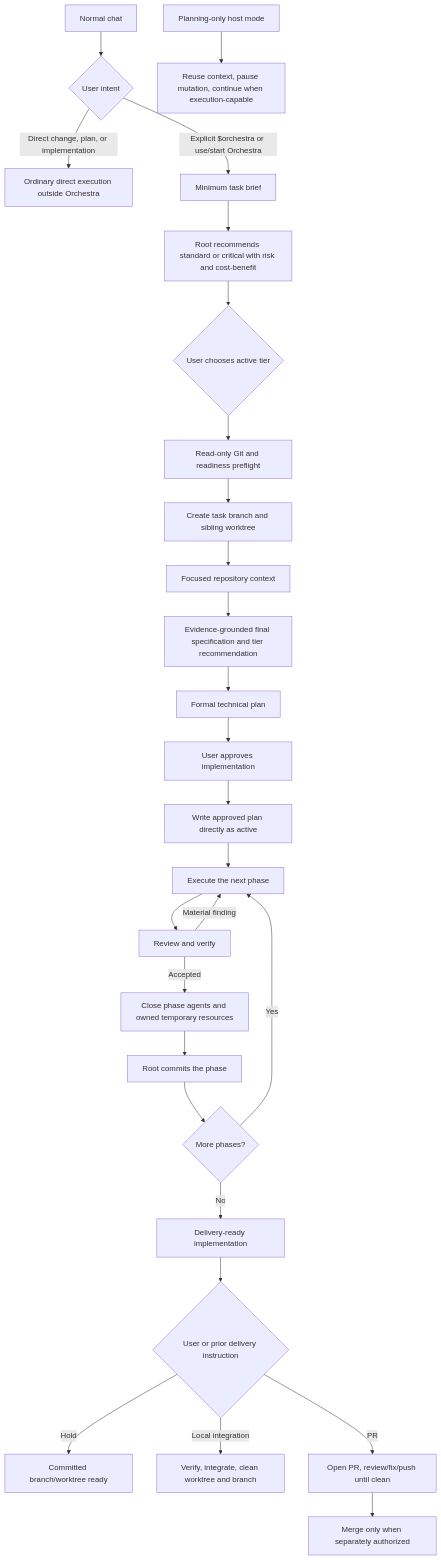
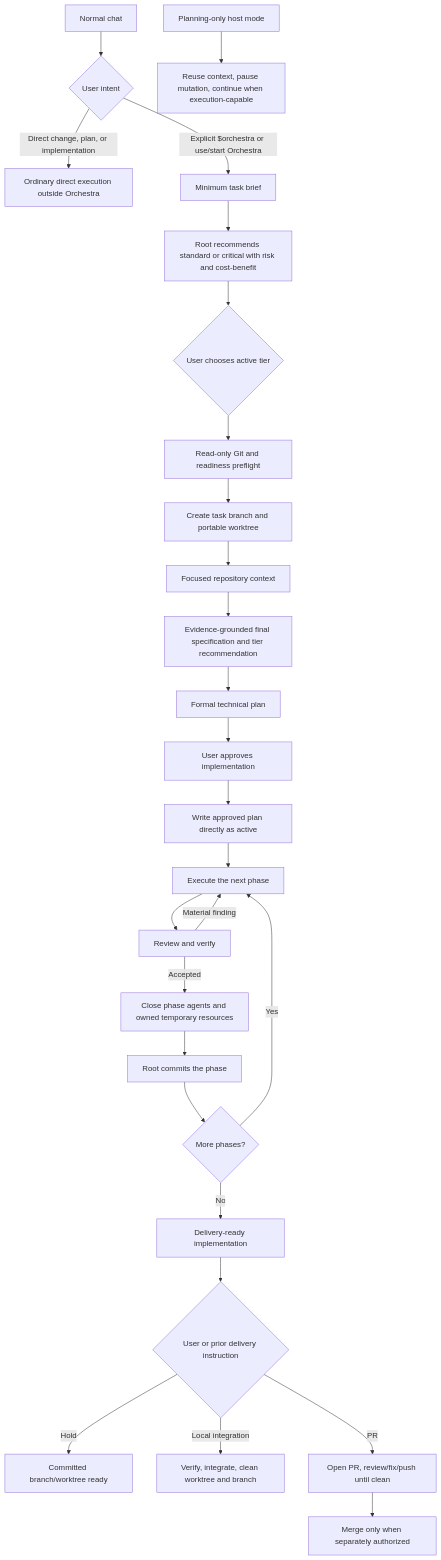
Before and after one commit to FranciscoJSBarragan/Orchestra: the diagram in docs/WORKFLOW.md, drawn with Mermaid. The commit also changed other lines of this file and 10 other files, not shown here.

````diff
--- a/docs/WORKFLOW.md
+++ b/docs/WORKFLOW.md
@@ -5,29 +5,29 @@
 ```mermaid
 flowchart TD
     U["Normal chat"] --> Q{"User intent"}
     Q -->|"Direct change, plan, or implementation"| DX["Ordinary direct execution outside Orchestra"]
     Q -->|"Explicit $orchestra or use/start Orchestra"| B["Minimum task brief"]
     POM["Planning-only host mode"] --> WAIT["Reuse context, pause mutation, continue when execution-capable"]
     B --> TR["Root recommends standard or critical with risk and cost-benefit"]
     TR --> T{"User chooses active tier"}
     T --> E["Read-only Git and readiness preflight"]
-    E --> OW["Create task branch and sibling worktree"]
+    E --> OW["Create task branch and portable worktree"]
     OW --> RC["Focused repository context"]
     RC --> C["Evidence-grounded final specification and tier recommendation"]
     C --> P["Formal technical plan"]
     P --> A["User approves implementation"]
     A --> W["Write approved plan directly as active"]
     W --> F["Execute the next phase"]
     F --> R["Review and verify"]
     R -->|"Material finding"| F
     R -->|"Accepted"| X["Close phase agents and owned temporary resources"]
     X --> M["Root commits the phase"]
     M --> N{"More phases?"}
     N -->|"Yes"| F
     N -->|"No"| D["Delivery-ready implementation"]
     D --> H{"User or prior delivery instruction"}
     H -->|"Hold"| HX["Committed branch/worktree ready"]
     H -->|"Local integration"| LI["Verify, integrate, clean worktree and branch"]
     H -->|"PR"| PR["Open PR, review/fix/push until clean"]
     PR --> PMG["Merge only when separately authorized"]
 ```
````
